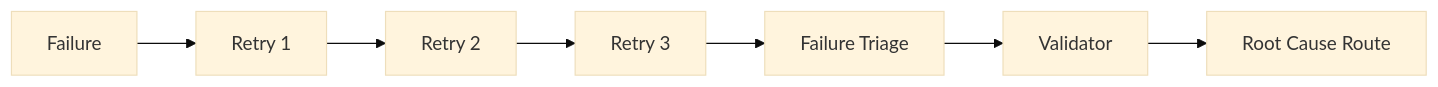
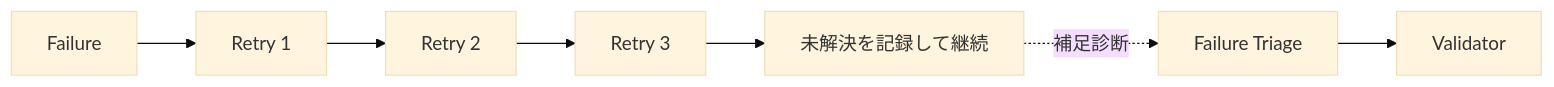
Before and after one commit to shun-sa/ai-sdlc-copilot: the sixth of 6 diagrams in README.md, drawn with Mermaid (base theme). The commit also changed other lines of this file and 16 other files, not shown here.

````diff
--- a/README.md
+++ b/README.md
@@ -286,12 +359,13 @@
 ```mermaid
 flowchart LR
     F[Failure]
     R1[Retry 1]
     R2[Retry 2]
     R3[Retry 3]
     T[Failure Triage]
     V[Validator]
-    RR[Root Cause Route]
+    N[未解決を記録して継続]
 
-    F --> R1 --> R2 --> R3 --> T --> V --> RR
+    F --> R1 --> R2 --> R3 --> N
+    N -. 補足診断 .-> T --> V
 ```
````
